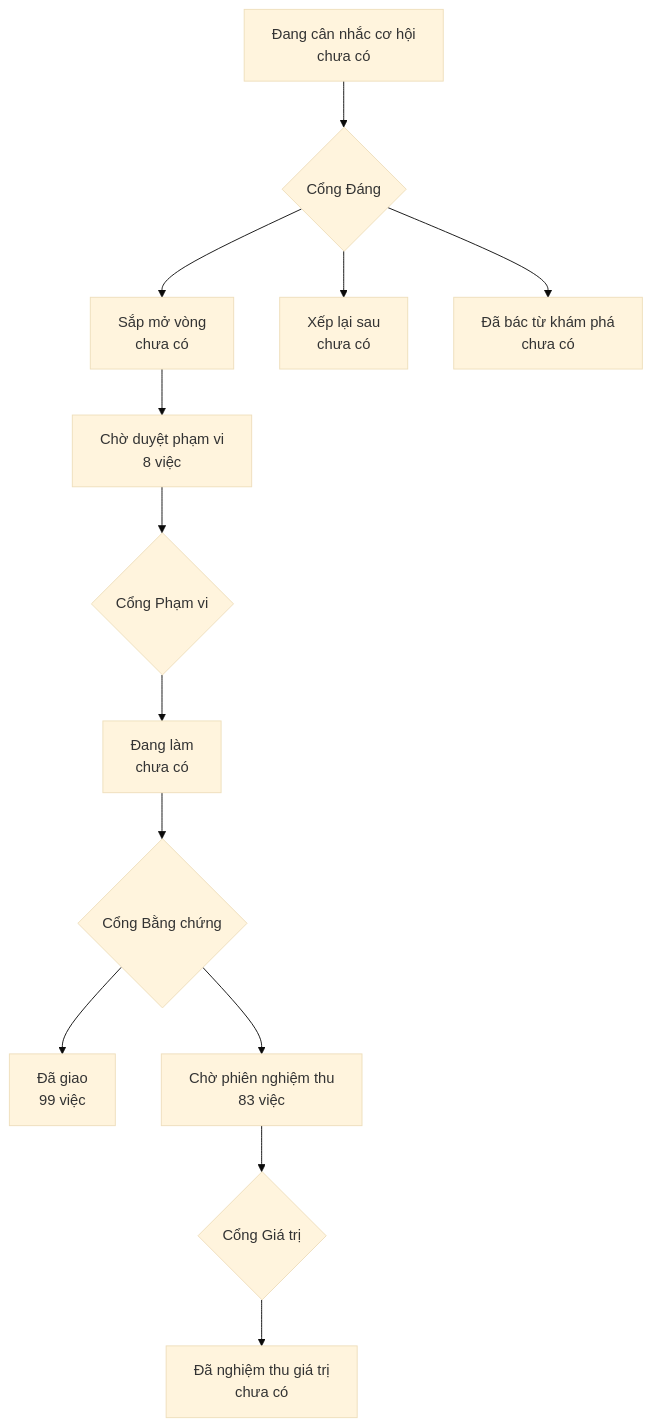
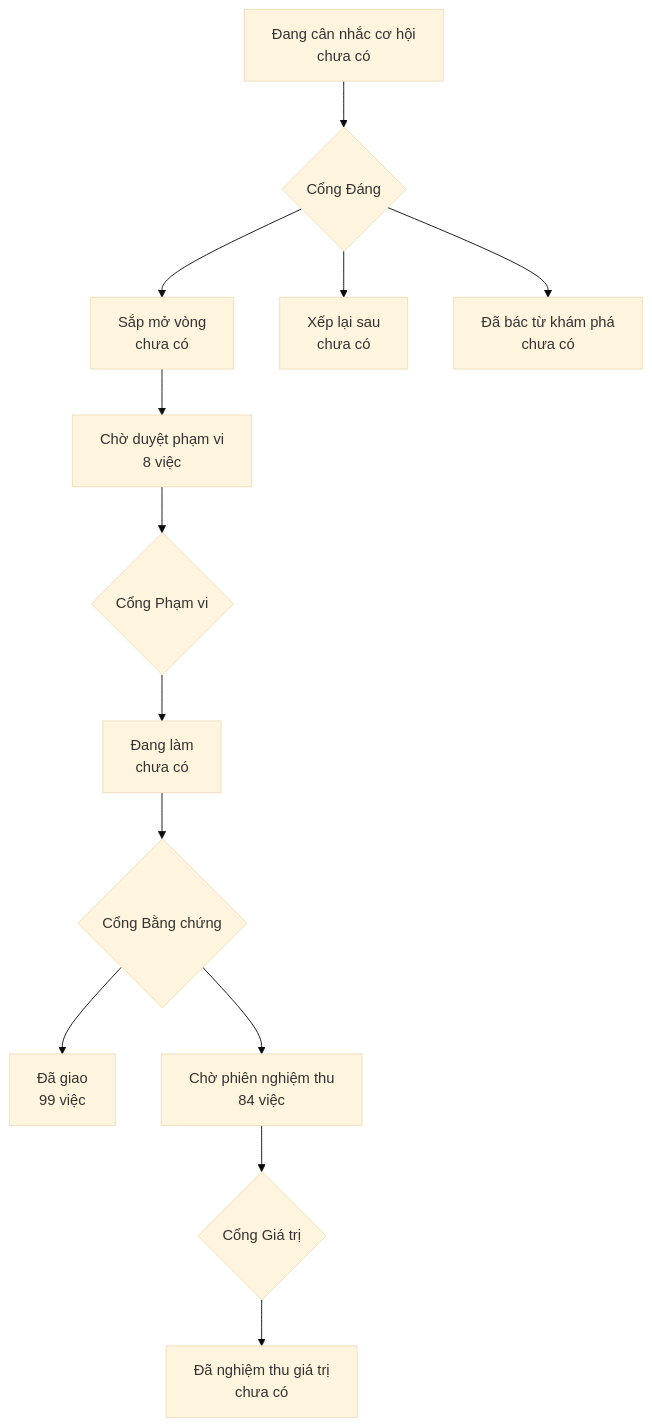
Before and after one commit to phanlemanh/onehub-invest: the diagram in PRODUCT-MAP.md, drawn with Mermaid (base theme). The commit also changed other lines of this file and 1 other file, not shown here.

Commit message:
chore(acceptance): vẽ lại bản đồ sau gộp main

````diff
--- a/PRODUCT-MAP.md
+++ b/PRODUCT-MAP.md
@@ -7,12 +7,12 @@
 ```mermaid
 flowchart TD
   A["Đang cân nhắc cơ hội<br/>chưa có"] --> GD{"Cổng Đáng"}
   GD --> B["Sắp mở vòng<br/>chưa có"]
   GD --> XL["Xếp lại sau<br/>chưa có"]
   GD --> DB["Đã bác từ khám phá<br/>chưa có"]
   B --> CD["Chờ duyệt phạm vi<br/>8 việc"] --> GP{"Cổng Phạm vi"}
   GP --> DL["Đang làm<br/>chưa có"] --> GB{"Cổng Bằng chứng"}
   GB --> DG["Đã giao<br/>99 việc"]
-  GB --> CN["Chờ phiên nghiệm thu<br/>83 việc"] --> GG{"Cổng Giá trị"}
+  GB --> CN["Chờ phiên nghiệm thu<br/>84 việc"] --> GG{"Cổng Giá trị"}
   GG --> NT["Đã nghiệm thu giá trị<br/>chưa có"]
 ```
````
